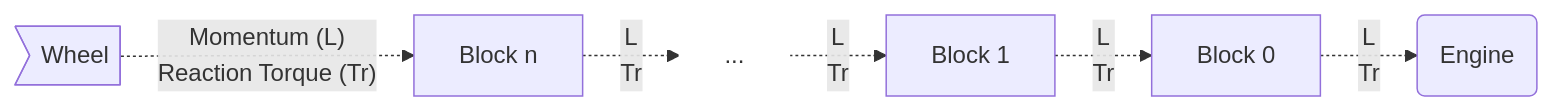
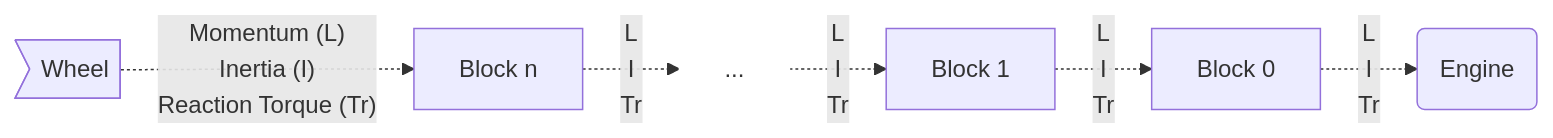
One commit to EdyJ/vehicle-physics-docs changed the third of 4 diagrams in docs/advanced/custom-blocks.md. Above: the diagram before and after it, drawn with Mermaid. The commit also changed other lines of this file and 1 other file, not shown here.

```diff
--- a/docs/advanced/custom-blocks.md
+++ b/docs/advanced/custom-blocks.md
@@ -84,18 +94,18 @@
 <div class="mermaid">
 graph LR
 E(Engine)
 B0[Block 0]
 B1[Block 1]
 BN[Block n]
 DOTS["..."]
 W>Wheel]
 
-W-."Momentum (L)<br>Reaction Torque (Tr)".->BN
-BN-."L<br>Tr".->DOTS
-DOTS-."L<br>Tr".->B1
-B1-."L<br>Tr".->B0
-B0-."L<br>Tr".->E
+W-."Momentum (L)<br>Inertia (I)<br>Reaction Torque (Tr)".->BN
+BN-."L<br>I<br>Tr".->DOTS
+DOTS-."L<br>I<br>Tr".->B1
+B1-."L<br>I<br>Tr".->B0
+B0-."L<br>I<br>Tr".->E
 
 classDef NoBox fill:#FFF,stroke:#FFF
 class DOTS NoBox
 </div>
```
